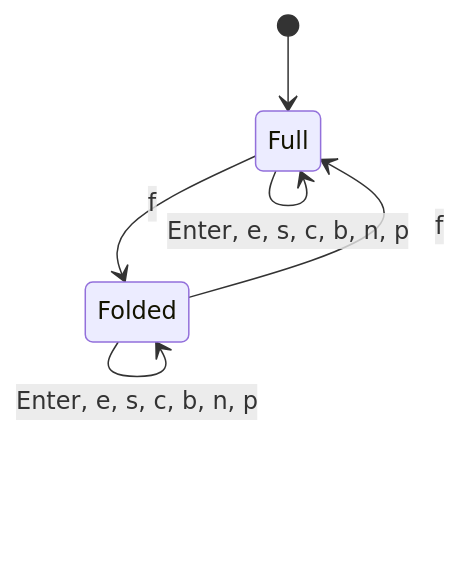
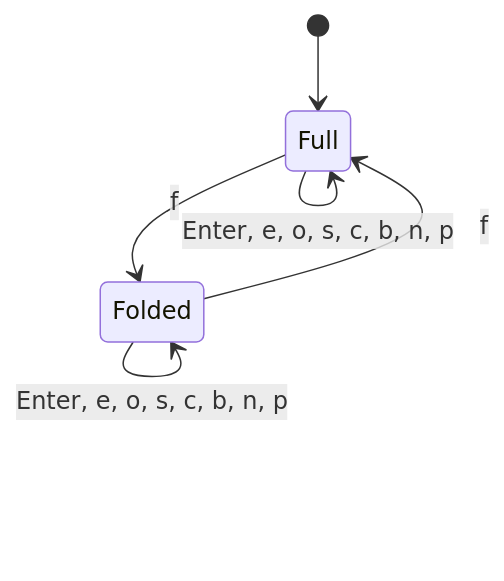
Before and after one commit to lambdasistemi/tutorial-stepper: the second of 3 diagrams in docs/terminal.md, drawn with Mermaid. The commit also changed other lines of this file and 6 other files, not shown here.

````diff
--- a/docs/terminal.md
+++ b/docs/terminal.md
@@ -42,8 +42,8 @@
 ```mermaid
 stateDiagram-v2
   [*] --> Full
   Full --> Folded: f
   Folded --> Full: f
-  Folded --> Folded: Enter, e, s, c, b, n, p
-  Full --> Full: Enter, e, s, c, b, n, p
+  Folded --> Folded: Enter, e, o, s, c, b, n, p
+  Full --> Full: Enter, e, o, s, c, b, n, p
 ```
````
